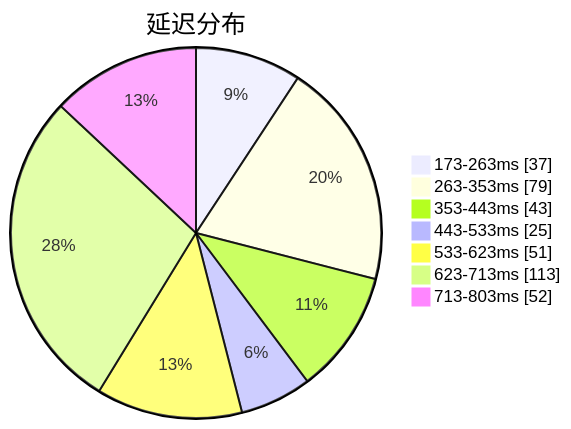
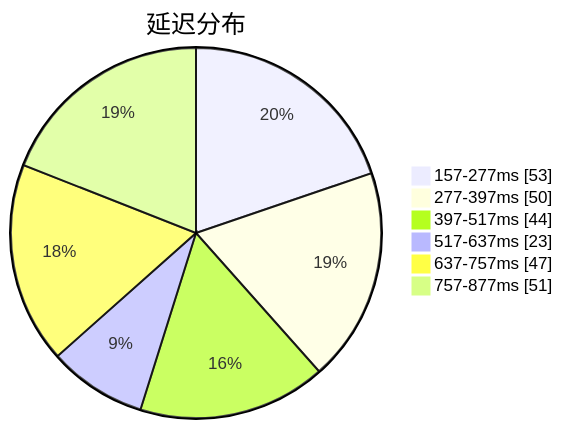
One commit to qjlxg/airport changed the first of 3 diagrams in subs/statistics/tested_within.md. Above: the diagram before and after it, drawn with Mermaid. The commit also changed other lines of this file and 2 other files, not shown here.

````diff
--- a/subs/statistics/tested_within.md
+++ b/subs/statistics/tested_within.md
@@ -2,11 +2,10 @@
 ```mermaid
 pie showData
 title 延迟分布
-"173-263ms" : 37
-"263-353ms" : 79
-"353-443ms" : 43
-"443-533ms" : 25
-"533-623ms" : 51
-"623-713ms" : 113
-"713-803ms" : 52
+"157-277ms" : 53
+"277-397ms" : 50
+"397-517ms" : 44
+"517-637ms" : 23
+"637-757ms" : 47
+"757-877ms" : 51
 ```
````
